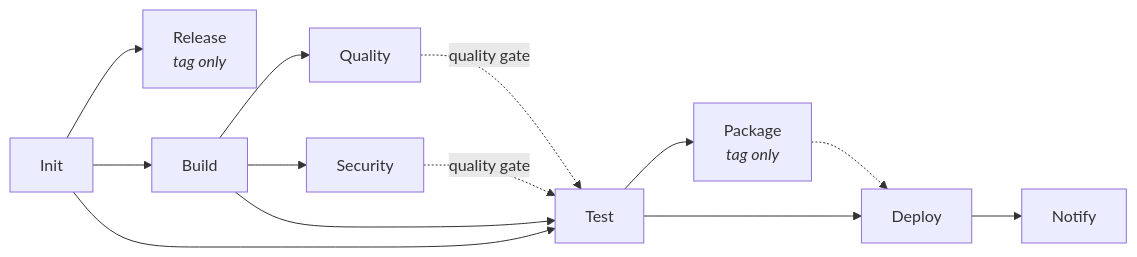
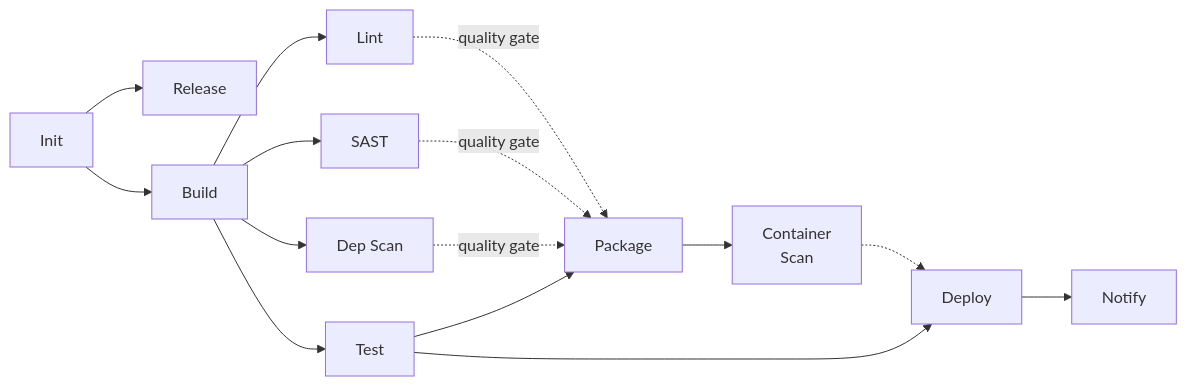
One commit to getbrik/brik changed the second of 2 diagrams in README.md. Above: the diagram before and after it, drawn with Mermaid. The commit also changed other lines of this file and 2 other files, not shown here.

Commit message:
docs: fix inaccuracies in architecture.md, reference.md, and README

````diff
--- a/README.md
+++ b/README.md
@@ -100,25 +100,29 @@
 ```mermaid
 flowchart LR
     init["Init"]
-    release["Release<br/><i>tag only</i>"]
+    release["Release"]
     build["Build"]
-    quality["Quality"]
-    security["Security"]
+    lint["Lint"]
+    sast["SAST"]
+    scan["Dep Scan"]
     test["Test"]
-    package["Package<br/><i>tag only</i>"]
+    package["Package"]
+    cscan["Container<br/>Scan"]
     deploy["Deploy"]
     notify["Notify"]
 
     init --> release
     init --> build
-    build --> quality
-    build --> security
-    quality -.->|quality gate| test
-    security -.->|quality gate| test
-    init --> test
+    build --> lint
+    build --> sast
+    build --> scan
     build --> test
+    lint -.->|quality gate| package
+    sast -.->|quality gate| package
+    scan -.->|quality gate| package
     test --> package
+    package --> cscan
     test --> deploy
-    package -.-> deploy
+    cscan -.-> deploy
     deploy --> notify
 ```
````
